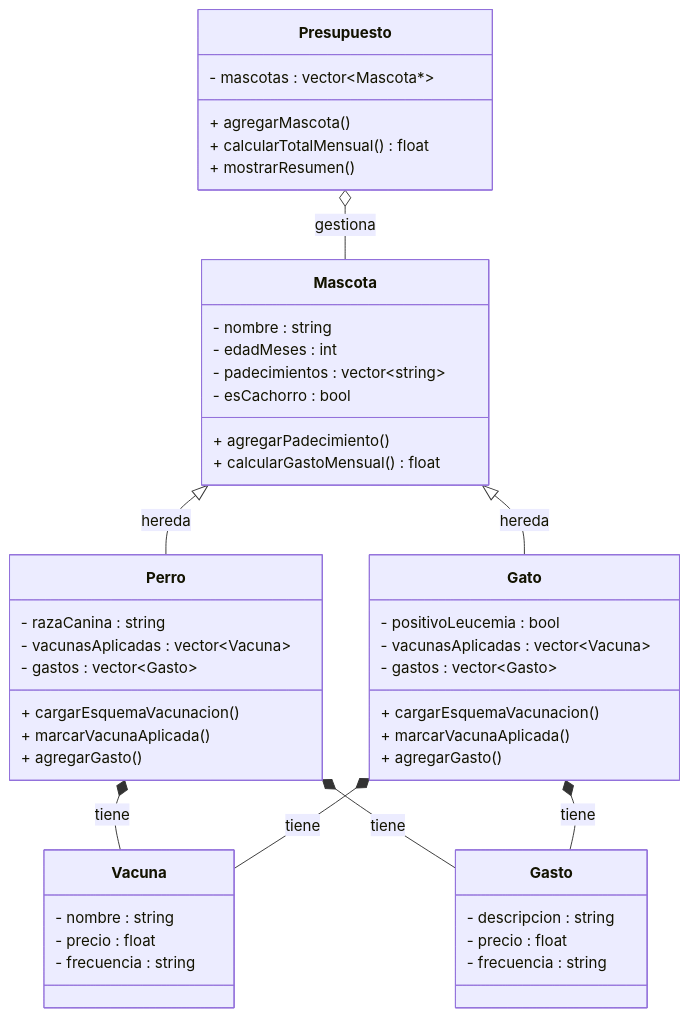
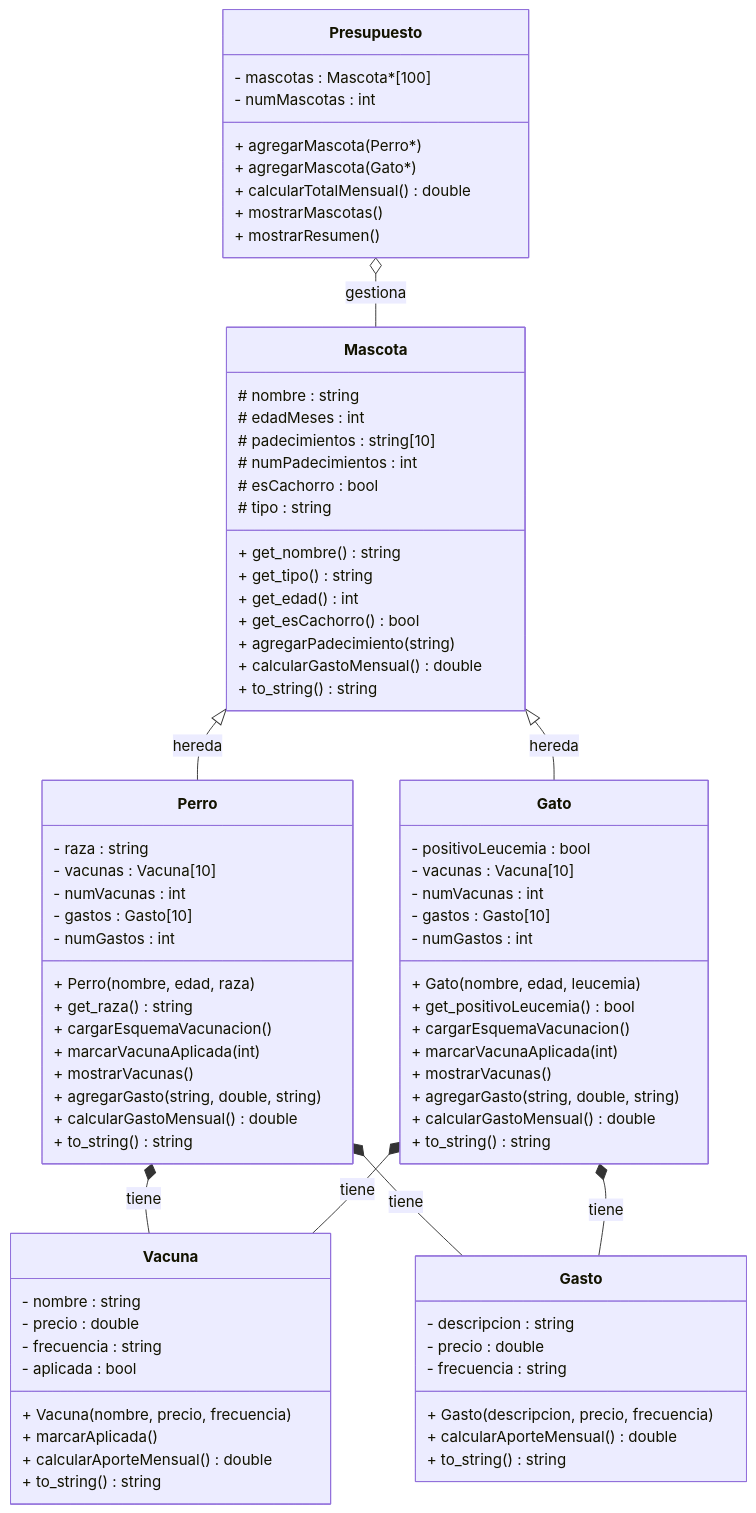
The diagram in README.md (Laika626/PetBudget), drawn with Mermaid before and after one commit. The commit also changed other lines of this file, not shown here.

````diff
--- a/README.md
+++ b/README.md
@@ -30,48 +30,80 @@
 ```mermaid
 classDiagram
     class Mascota {
-        - nombre : string
-        - edadMeses : int
-        - padecimientos : vector~string~
-        - esCachorro : bool
-        + agregarPadecimiento()
-        + calcularGastoMensual() float
+        # nombre : string
+        # edadMeses : int
+        # padecimientos : string[10]
+        # numPadecimientos : int
+        # esCachorro : bool
+        # tipo : string
+        + get_nombre() string
+        + get_tipo() string
+        + get_edad() int
+        + get_esCachorro() bool
+        + agregarPadecimiento(string)
+        + calcularGastoMensual() double
+        + to_string() string
     }
 
     class Perro {
-        - razaCanina : string
-        - vacunasAplicadas : vector~Vacuna~
-        - gastos : vector~Gasto~
+        - raza : string
+        - vacunas : Vacuna[10]
+        - numVacunas : int
+        - gastos : Gasto[10]
+        - numGastos : int
+        + Perro(nombre, edad, raza)
+        + get_raza() string
         + cargarEsquemaVacunacion()
-        + marcarVacunaAplicada()
-        + agregarGasto()
+        + marcarVacunaAplicada(int)
+        + mostrarVacunas()
+        + agregarGasto(string, double, string)
+        + calcularGastoMensual() double
+        + to_string() string
     }
 
     class Gato {
         - positivoLeucemia : bool
-        - vacunasAplicadas : vector~Vacuna~
-        - gastos : vector~Gasto~
+        - vacunas : Vacuna[10]
+        - numVacunas : int
+        - gastos : Gasto[10]
+        - numGastos : int
+        + Gato(nombre, edad, leucemia)
+        + get_positivoLeucemia() bool
         + cargarEsquemaVacunacion()
-        + marcarVacunaAplicada()
-        + agregarGasto()
+        + marcarVacunaAplicada(int)
+        + mostrarVacunas()
+        + agregarGasto(string, double, string)
+        + calcularGastoMensual() double
+        + to_string() string
     }
 
     class Vacuna {
         - nombre : string
-        - precio : float
+        - precio : double
         - frecuencia : string
+        - aplicada : bool
+        + Vacuna(nombre, precio, frecuencia)
+        + marcarAplicada()
+        + calcularAporteMensual() double
+        + to_string() string
     }
 
     class Gasto {
         - descripcion : string
-        - precio : float
+        - precio : double
         - frecuencia : string
+        + Gasto(descripcion, precio, frecuencia)
+        + calcularAporteMensual() double
+        + to_string() string
     }
 
     class Presupuesto {
-        - mascotas : vector~Mascota*~
-        + agregarMascota()
-        + calcularTotalMensual() float
+        - mascotas : Mascota*[100]
+        - numMascotas : int
+        + agregarMascota(Perro*)
+        + agregarMascota(Gato*)
+        + calcularTotalMensual() double
+        + mostrarMascotas()
         + mostrarResumen()
     }
 
````
